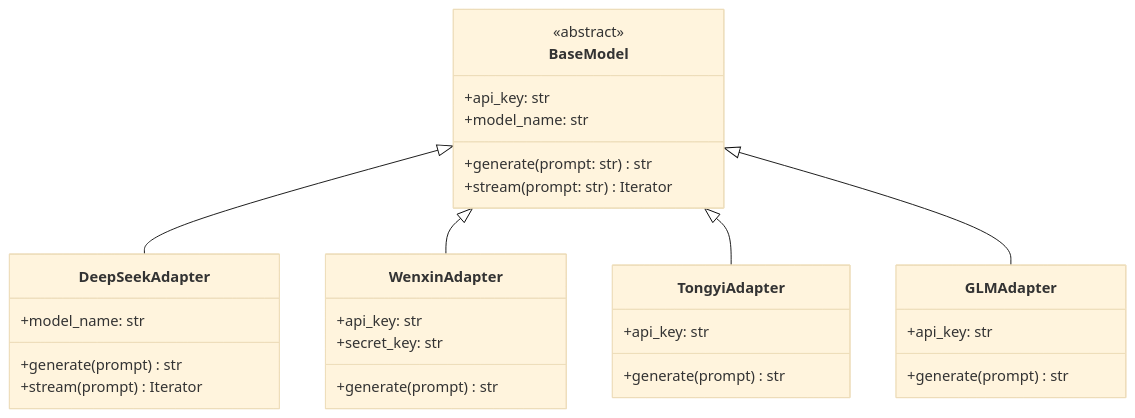
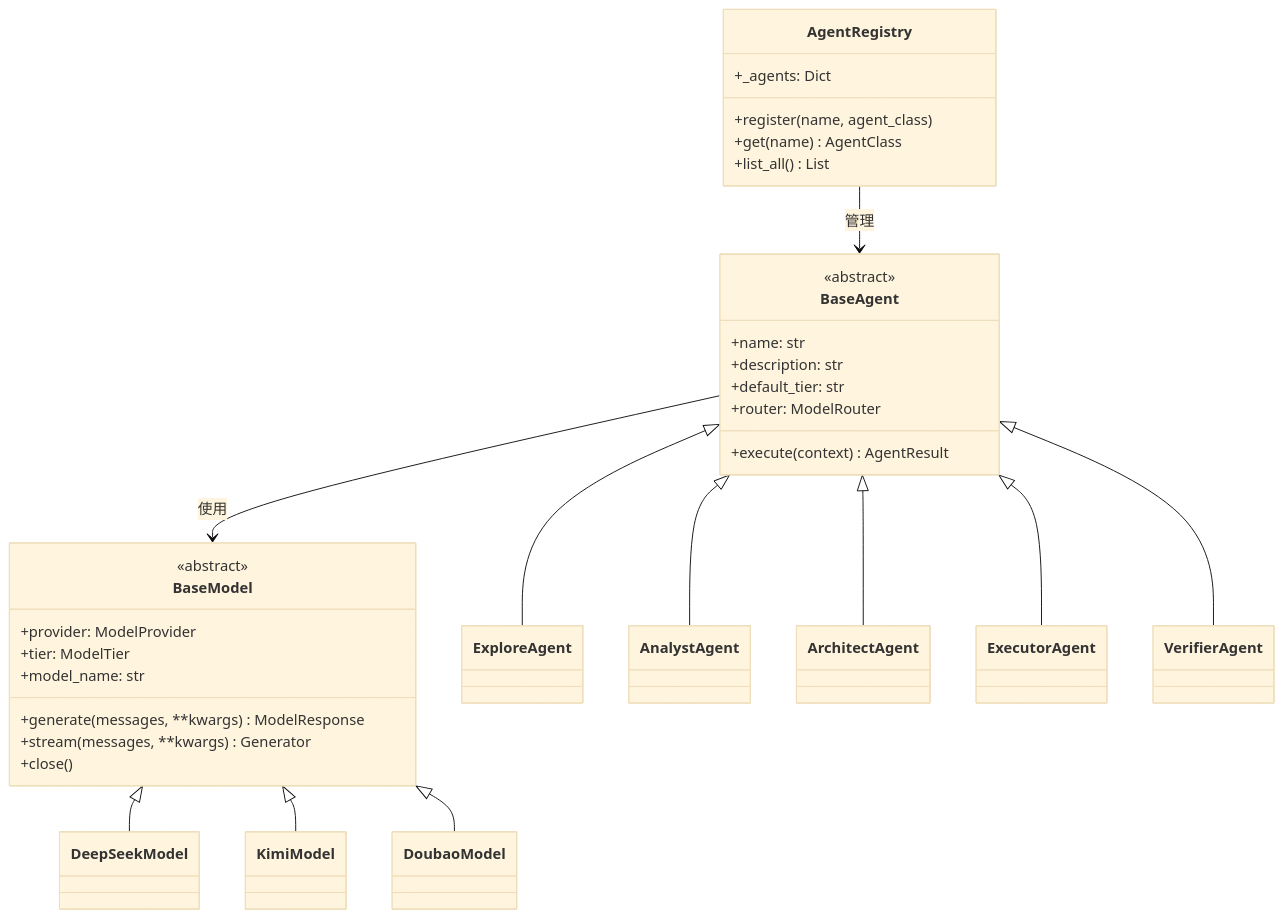
Before and after one commit to VOBC/oh-my-coder: the seventh of 10 diagrams in docs/ARCHITECTURE.md, drawn with Mermaid (base theme). The commit also changed other lines of this file and 3 other files, not shown here.

````diff
--- a/docs/ARCHITECTURE.md
+++ b/docs/ARCHITECTURE.md
@@ -226,37 +190,41 @@
 ```mermaid
 classDiagram
     class BaseModel {
         <<abstract>>
-        +api_key: str
+        +provider: ModelProvider
+        +tier: ModelTier
         +model_name: str
-        +generate(prompt: str) str
-        +stream(prompt: str) Iterator
+        +generate(messages, **kwargs) ModelResponse
+        +stream(messages, **kwargs) Generator
+        +close()
     }
+
+    class BaseAgent {
+        <<abstract>>
+        +name: str
+        +description: str
+        +default_tier: str
+        +router: ModelRouter
+        +execute(context) AgentResult
+    }
+
+    class AgentRegistry {
+        +_agents: Dict
+        +register(name, agent_class)
+        +get(name) AgentClass
+        +list_all() List
+    }
+
+    BaseAgent <|-- ExploreAgent
+    BaseAgent <|-- AnalystAgent
+    BaseAgent <|-- ArchitectAgent
+    BaseAgent <|-- ExecutorAgent
+    BaseAgent <|-- VerifierAgent
     
-    class DeepSeekAdapter {
-        +model_name: str
-        +generate(prompt) str
-        +stream(prompt) Iterator
-    }
+    BaseModel <|-- DeepSeekModel
+    BaseModel <|-- KimiModel
+    BaseModel <|-- DoubaoModel
     
-    class WenxinAdapter {
-        +api_key: str
-        +secret_key: str
-        +generate(prompt) str
-    }
-    
-    class TongyiAdapter {
-        +api_key: str
-        +generate(prompt) str
-    }
-    
-    class GLMAdapter {
-        +api_key: str
-        +generate(prompt) str
-    }
-    
-    BaseModel <|-- DeepSeekAdapter
-    BaseModel <|-- WenxinAdapter
-    BaseModel <|-- TongyiAdapter
-    BaseModel <|-- GLMAdapter
+    AgentRegistry --> BaseAgent: 管理
+    BaseAgent --> BaseModel: 使用
 ```
````
